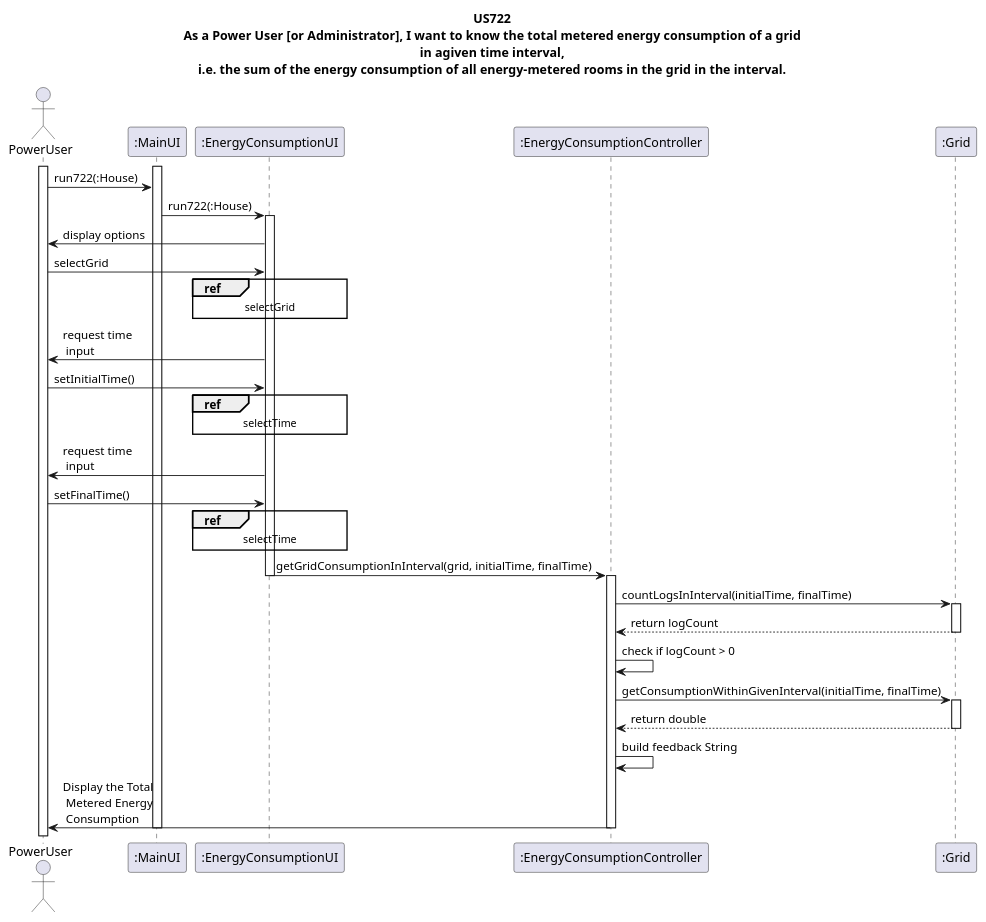
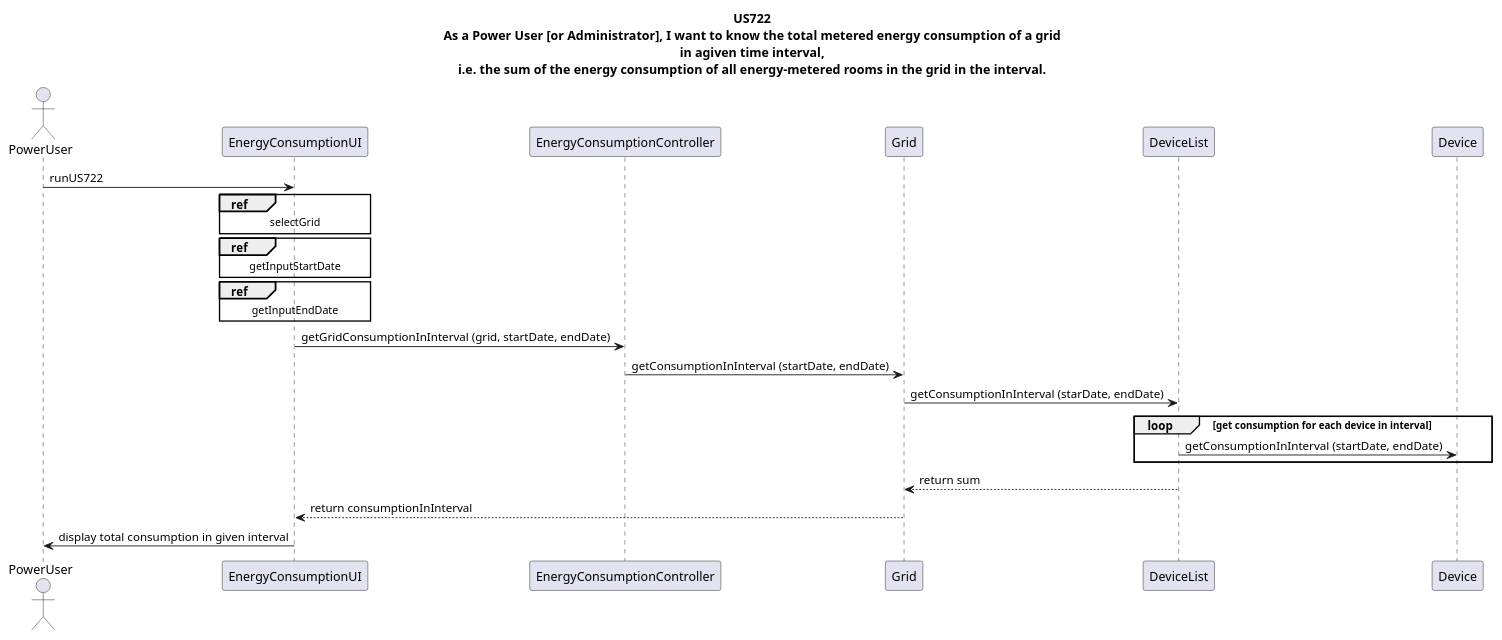
Before and after one commit to Almadanmp/project: the diagram in uml/US722/US722.puml, drawn with PlantUML.

Commit message:
#102 Uml finished

```diff
--- a/uml/US722/US722.puml
+++ b/uml/US722/US722.puml
@@ -1,41 +1,23 @@
 @startuml
 title US722\nAs a Power User [or Administrator], I want to know the total metered energy consumption of a grid\nin agiven time interval,\ni.e. the sum of the energy consumption of all energy-metered rooms in the grid in the interval.
 actor PowerUser
-activate PowerUser
-activate ":MainUI"
-PowerUser ->":MainUI": run722(:House)
-":MainUI" ->":EnergyConsumptionUI": run722(:House)
-activate ":EnergyConsumptionUI"
-":EnergyConsumptionUI" -> PowerUser: display options
-PowerUser -> ":EnergyConsumptionUI": selectGrid
-ref over ":EnergyConsumptionUI"
+PowerUser -> EnergyConsumptionUI: runUS722
+ref over EnergyConsumptionUI
 selectGrid
 end ref
-":EnergyConsumptionUI" -> PowerUser: request time \n input
-PowerUser -> ":EnergyConsumptionUI": setInitialTime()
-ref over ":EnergyConsumptionUI"
-selectTime
+ref over EnergyConsumptionUI
+getInputStartDate
 end ref
-":EnergyConsumptionUI" -> PowerUser: request time \n input
-PowerUser -> ":EnergyConsumptionUI": setFinalTime()
-ref over ":EnergyConsumptionUI"
-selectTime
+ref over EnergyConsumptionUI
+getInputEndDate
 end ref
-":EnergyConsumptionUI" -> ":EnergyConsumptionController": getGridConsumptionInInterval(grid, initialTime, finalTime)
-deactivate ":EnergyConsumptionUI"
-activate ":EnergyConsumptionController"
-deactivate ":EnergyConsumptionController"
-":EnergyConsumptionController" -> ":Grid": countLogsInInterval(initialTime, finalTime)
-activate ":Grid"
-":Grid" --> ":EnergyConsumptionController": return logCount
-deactivate ":Grid"
-":EnergyConsumptionController" -> ":EnergyConsumptionController": check if logCount > 0
-":EnergyConsumptionController" -> ":Grid": getConsumptionWithinGivenInterval(initialTime, finalTime)
-activate ":Grid"
-":Grid" --> ":EnergyConsumptionController": return double
-deactivate ":Grid"
-":EnergyConsumptionController" -> ":EnergyConsumptionController": build feedback String
-":EnergyConsumptionController" -> PowerUser: Display the Total\n Metered Energy \n Consumption
-deactivate ":EnergyConsumptionController"
-deactivate ":MainUI"
+EnergyConsumptionUI -> EnergyConsumptionController: getGridConsumptionInInterval (grid, startDate, endDate)
+EnergyConsumptionController -> Grid: getConsumptionInInterval (startDate, endDate)
+Grid -> DeviceList: getConsumptionInInterval (starDate, endDate)
+loop get consumption for each device in interval
+DeviceList -> Device: getConsumptionInInterval (startDate, endDate)
+end
+DeviceList --> Grid: return sum
+Grid --> EnergyConsumptionUI: return consumptionInInterval
+EnergyConsumptionUI -> PowerUser: display total consumption in given interval
 @enduml
```
